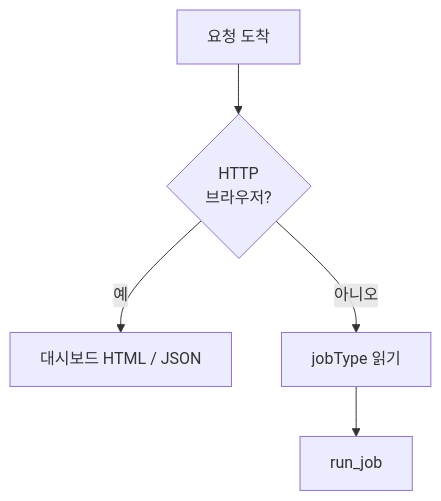
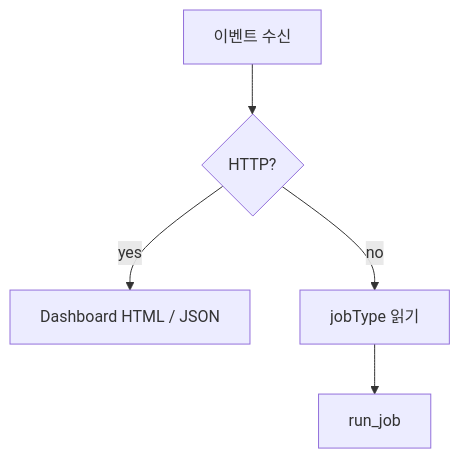
Before and after one commit to LewisLim579/dx_handson: the second of 3 diagrams in README.md, drawn with Mermaid. The commit also changed other lines of this file, not shown here.

````diff
--- a/README.md
+++ b/README.md
@@ -89,8 +103,8 @@
 ```mermaid
 flowchart TB
-  IN[요청 도착]
-  IN --> Q{HTTP\n브라우저?}
-  Q -->|예| D[대시보드 HTML / JSON]
-  Q -->|아니오| J[jobType 읽기]
+  IN[이벤트 수신]
+  IN --> Q{HTTP?}
+  Q -->|yes| D[Dashboard HTML / JSON]
+  Q -->|no| J[jobType 읽기]
   J --> R[run_job]
 ```
````
